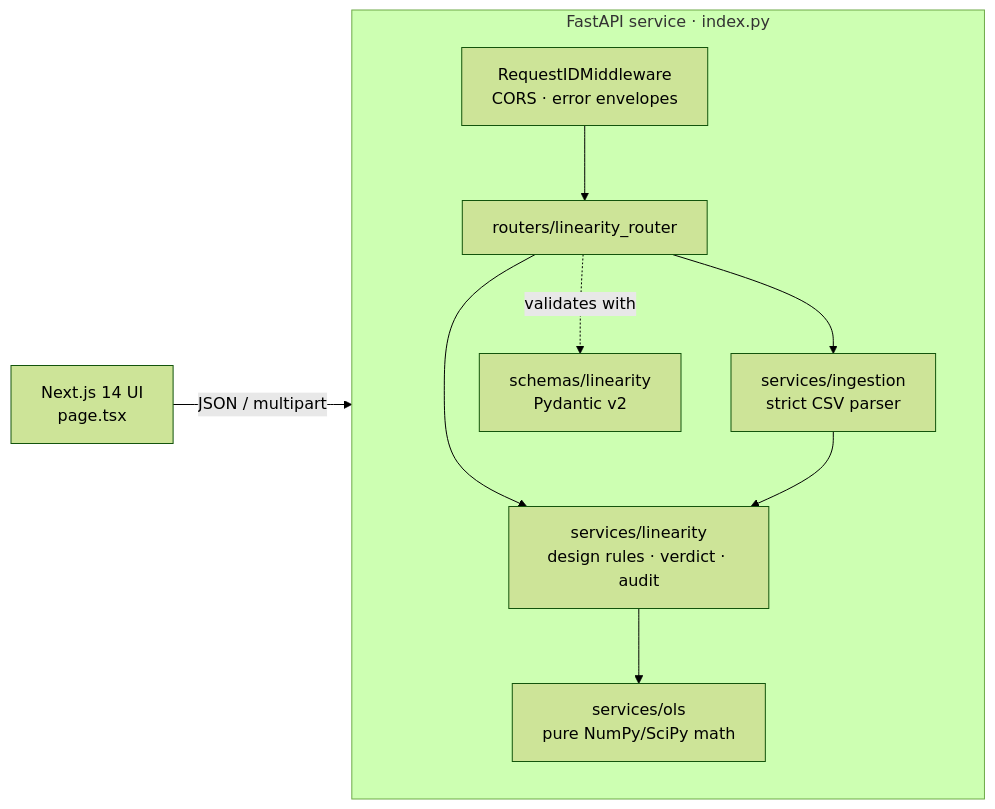
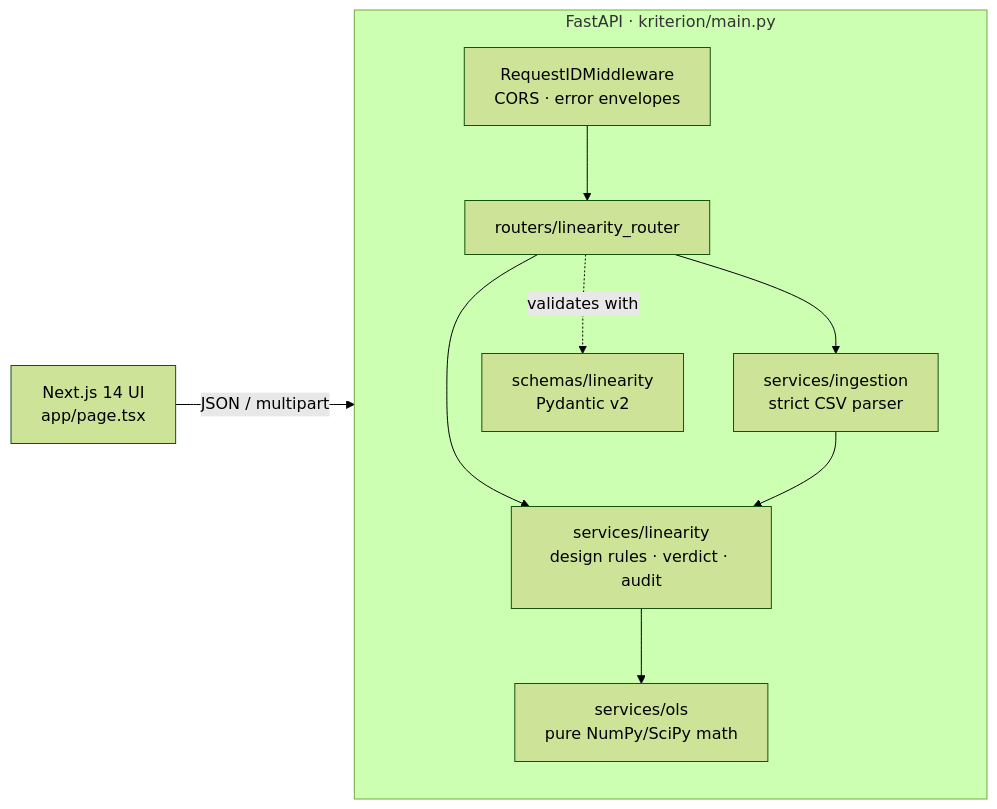
Before and after one commit to Pablo-Santana-MX/Kriterion: the diagram in README.md, drawn with Mermaid (forest theme). The commit also changed other lines of this file and 38 other files, not shown here.

Commit message:
refactor: proyecto de una sola raíz (Next.js + FastAPI en Vercel)

````diff
--- a/README.md
+++ b/README.md
@@ -37,12 +37,12 @@
 ```mermaid
 flowchart LR
-    UI[Next.js 14 UI<br/>page.tsx] -- JSON / multipart --> API
-    subgraph API[FastAPI service · index.py]
+    UI[Next.js 14 UI<br/>app/page.tsx] -- JSON / multipart --> API
+    subgraph API[FastAPI · kriterion/main.py]
         MW[RequestIDMiddleware<br/>CORS · error envelopes] --> R[routers/linearity_router]
         R --> S[services/linearity<br/>design rules · verdict · audit]
         R --> I[services/ingestion<br/>strict CSV parser]
         I --> S
         S --> O[services/ols<br/>pure NumPy/SciPy math]
         R -. validates with .-> SC[schemas/linearity<br/>Pydantic v2]
     end
 ```
````
